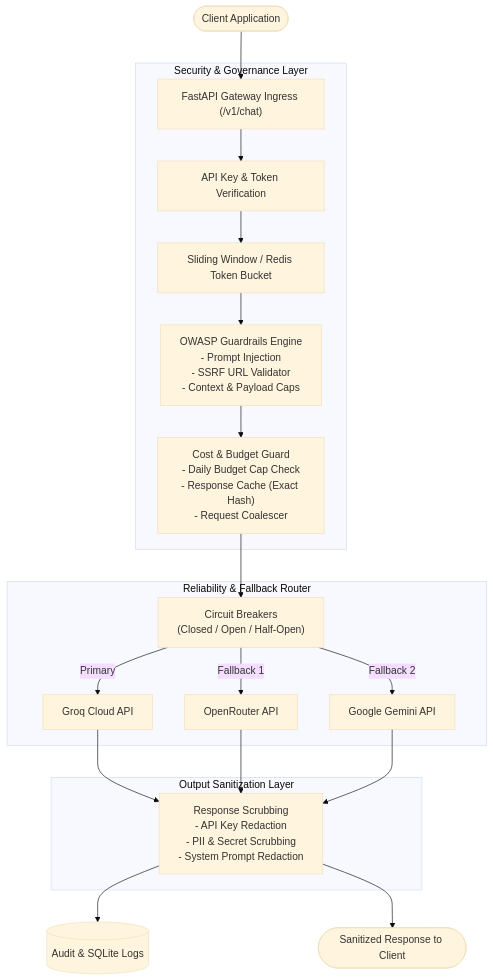
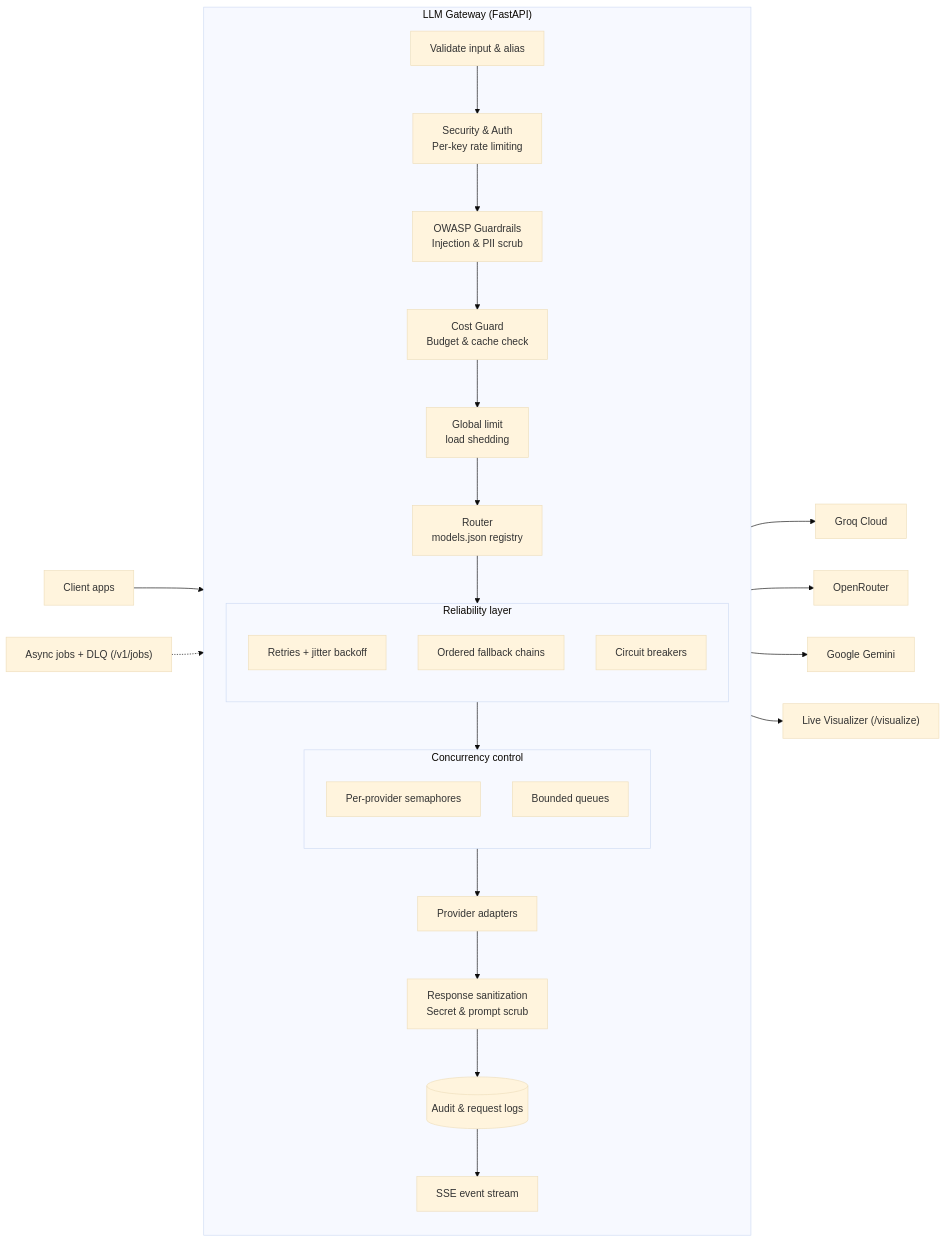
One commit to Tushar01yadav/LLM-Gateway changed the first of 2 diagrams in README.md. Above: the diagram before and after it, drawn with Mermaid (base theme). The commit also changed other lines of this file, not shown here.

Commit message:
docs: integrate comprehensive architecture, request flow, and status into README

````diff
--- a/README.md
+++ b/README.md
@@ -14,27 +9,41 @@
 ```mermaid
-flowchart TD
-    Client(["Client Application"]) --> Ingress["FastAPI Gateway Ingress (/v1/chat)"]
-    
-    subgraph Security ["Security & Governance Layer"]
-        Ingress --> Auth["API Key & Token Verification"]
-        Auth --> RateLimit["Sliding Window / Redis Token Bucket"]
-        RateLimit --> Guardrails["OWASP Guardrails Engine\n- Prompt Injection\n- SSRF URL Validator\n- Context & Payload Caps"]
-        Guardrails --> CostGuard["Cost & Budget Guard\n- Daily Budget Cap Check\n- Response Cache (Exact Hash)\n- Request Coalescer"]
+flowchart LR
+    Client["Client apps"]
+
+    subgraph GW["LLM Gateway (FastAPI)"]
+        direction TB
+        V["Validate input & alias"]
+        SEC["Security & Auth<br/>Per-key rate limiting"]
+        GR["OWASP Guardrails<br/>Injection & PII scrub"]
+        CG["Cost Guard<br/>Budget & cache check"]
+        GL["Global limit<br/>load shedding"]
+        R["Router<br/>models.json registry"]
+        
+        subgraph REL["Reliability layer"]
+            direction TB
+            RT["Retries + jitter backoff"]
+            FB["Ordered fallback chains"]
+            CB["Circuit breakers"]
+        end
+        
+        subgraph CON["Concurrency control"]
+            direction TB
+            SEM["Per-provider semaphores"]
+            Q["Bounded queues"]
+        end
+        
+        AD["Provider adapters"]
+        SAN["Response sanitization<br/>Secret & prompt scrub"]
+        LOG[("Audit & request logs")]
+        EV["SSE event stream"]
     end
-    
-    subgraph Routing ["Reliability & Fallback Router"]
-        CostGuard --> CB["Circuit Breakers\n(Closed / Open / Half-Open)"]
-        CB -->|Primary| Groq["Groq Cloud API"]
-        CB -->|Fallback 1| OpenRouter["OpenRouter API"]
-        CB -->|Fallback 2| Gemini["Google Gemini API"]
-    end
-    
-    subgraph OutputSanitization ["Output Sanitization Layer"]
-        Groq --> Sanitize["Response Scrubbing\n- API Key Redaction\n- PII & Secret Scrubbing\n- System Prompt Redaction"]
-        OpenRouter --> Sanitize
-        Gemini --> Sanitize
-    end
-    
-    Sanitize --> AuditLog[("Audit & SQLite Logs")]
-    Sanitize --> ClientResponse(["Sanitized Response to Client"])
+
+    Client --> V --> SEC --> GR --> CG --> GL --> R --> REL --> CON --> AD
+    AD --> GROQ["Groq Cloud"]
+    AD --> OR["OpenRouter"]
+    AD --> GEM["Google Gemini"]
+    AD --> SAN --> LOG
+    LOG --> EV --> VIZ["Live Visualizer (/visualize)"]
+
+    JOBS["Async jobs + DLQ (/v1/jobs)"] -.-> CON
 ```
````
